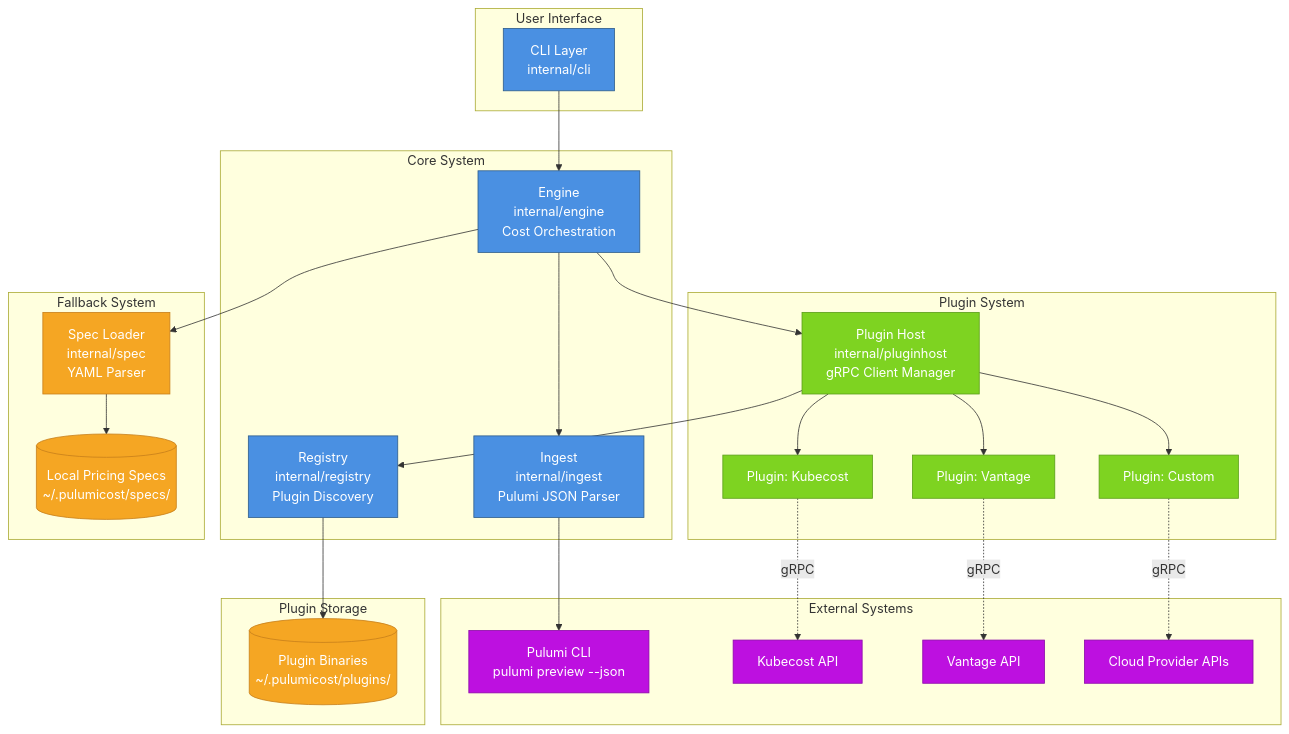
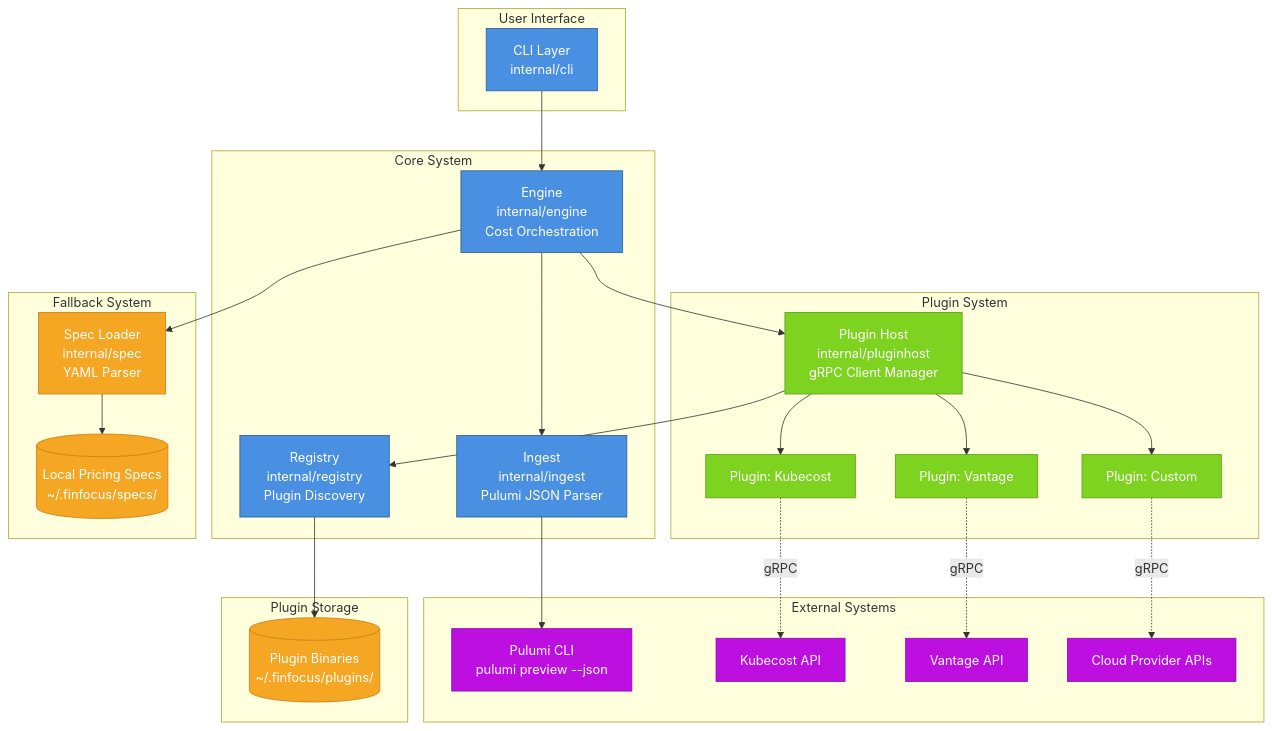
Before and after one commit to rshade/pulumicost-core: the diagram in docs/architecture/diagrams/system-architecture.md, drawn with Mermaid. The commit also changed other lines of this file and 514 other files, not shown here.

````diff
--- a/docs/architecture/diagrams/system-architecture.md
+++ b/docs/architecture/diagrams/system-architecture.md
@@ -10,64 +10,64 @@
 ```mermaid
 graph TB
     subgraph "User Interface"
         CLI[CLI Layer<br/>internal/cli]
     end
 
     subgraph "Core System"
         Engine[Engine<br/>internal/engine<br/>Cost Orchestration]
         Ingest[Ingest<br/>internal/ingest<br/>Pulumi JSON Parser]
         Registry[Registry<br/>internal/registry<br/>Plugin Discovery]
     end
 
     subgraph "Plugin System"
         PluginHost[Plugin Host<br/>internal/pluginhost<br/>gRPC Client Manager]
         Plugin1[Plugin: Kubecost]
         Plugin2[Plugin: Vantage]
         Plugin3[Plugin: Custom]
     end
 
     subgraph "Fallback System"
         SpecLoader[Spec Loader<br/>internal/spec<br/>YAML Parser]
-        SpecFiles[(Local Pricing Specs<br/>~/.pulumicost/specs/)]
+        SpecFiles[(Local Pricing Specs<br/>~/.finfocus/specs/)]
     end
 
     subgraph "External Systems"
         PulumiCLI[Pulumi CLI<br/>pulumi preview --json]
         KubecostAPI[Kubecost API]
         VantageAPI[Vantage API]
         CloudAPIs[Cloud Provider APIs]
     end
 
     subgraph "Plugin Storage"
-        PluginDir[(Plugin Binaries<br/>~/.pulumicost/plugins/)]
+        PluginDir[(Plugin Binaries<br/>~/.finfocus/plugins/)]
     end
 
     CLI --> Engine
     Engine --> Ingest
     Engine --> PluginHost
     Engine --> SpecLoader
 
     Ingest --> PulumiCLI
 
     PluginHost --> Registry
     Registry --> PluginDir
     PluginHost --> Plugin1
     PluginHost --> Plugin2
     PluginHost --> Plugin3
 
     Plugin1 -.gRPC.-> KubecostAPI
     Plugin2 -.gRPC.-> VantageAPI
     Plugin3 -.gRPC.-> CloudAPIs
 
     SpecLoader --> SpecFiles
 
     classDef coreComponent fill:#4A90E2,stroke:#2E5C8A,color:#fff
     classDef pluginComponent fill:#7ED321,stroke:#5A9E19,color:#fff
     classDef storage fill:#F5A623,stroke:#C77F1B,color:#fff
     classDef external fill:#BD10E0,stroke:#8B0AA8,color:#fff
 
     class CLI,Engine,Ingest,Registry coreComponent
     class PluginHost,Plugin1,Plugin2,Plugin3 pluginComponent
     class SpecLoader,SpecFiles,PluginDir storage
     class PulumiCLI,KubecostAPI,VantageAPI,CloudAPIs external
 ```
````
